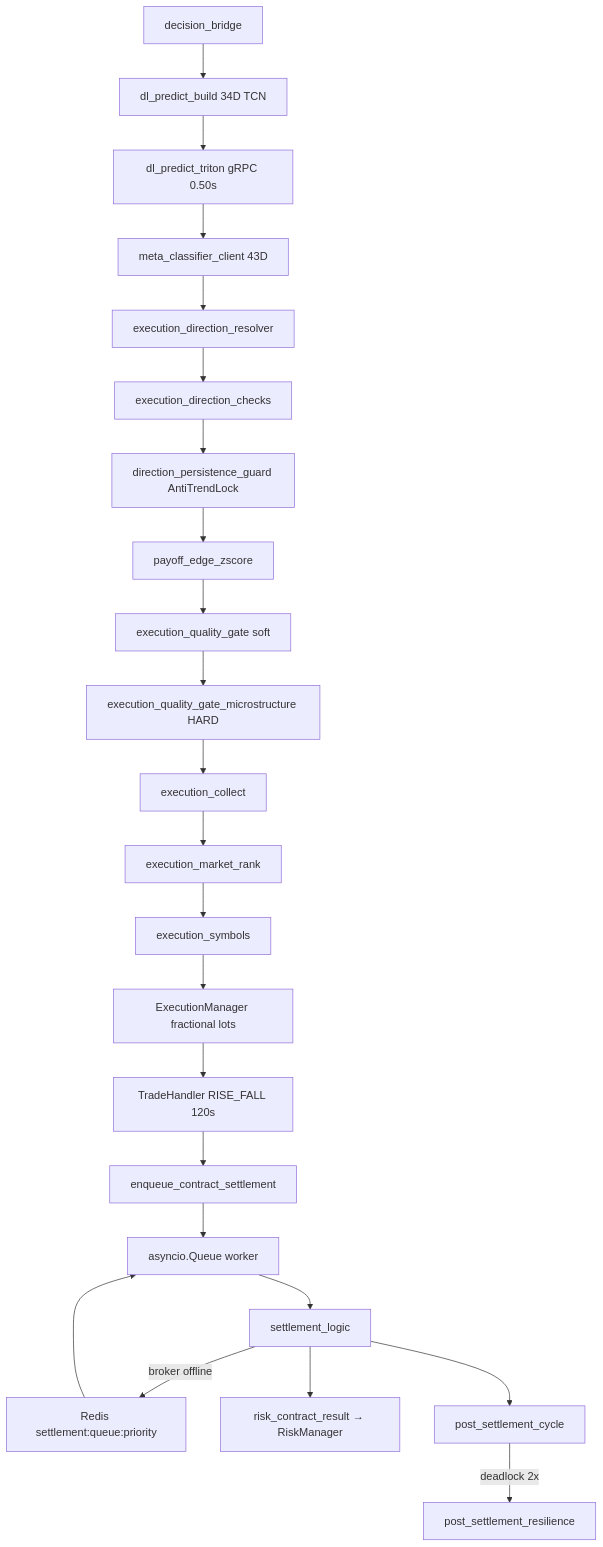
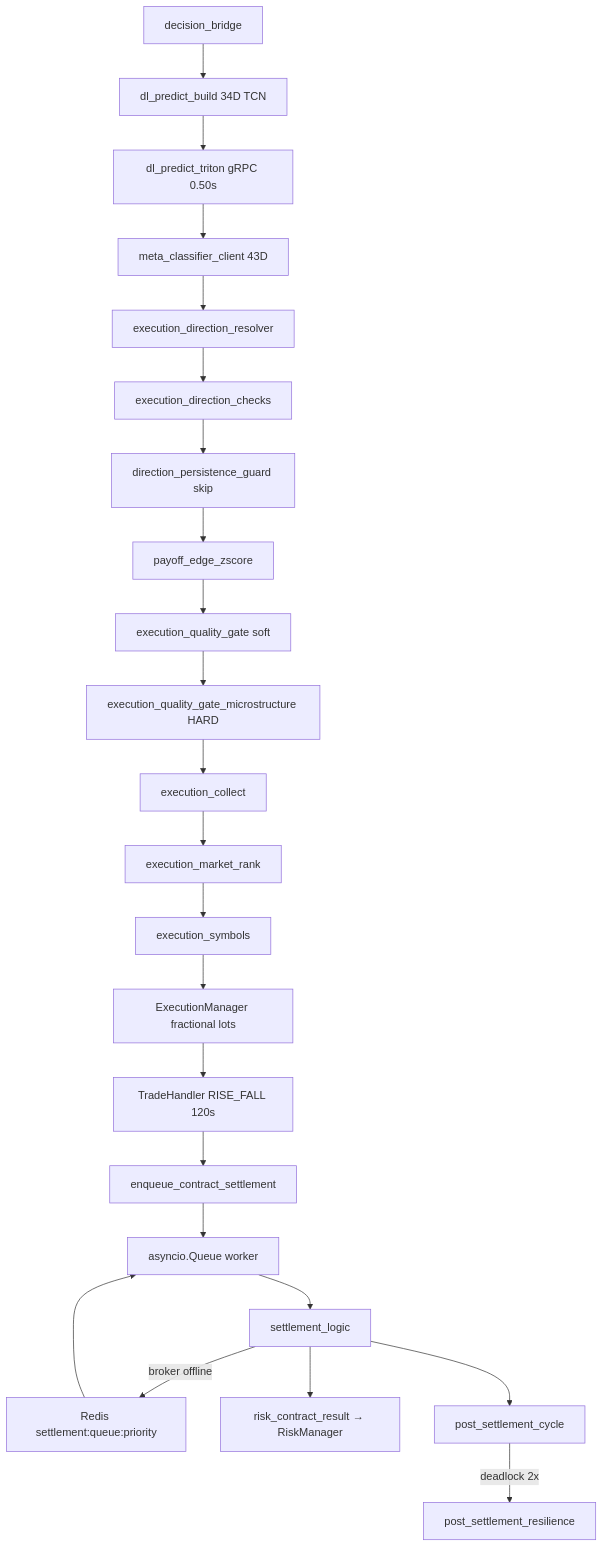
The diagram in docs/structure.md (victorh-silveira/aether-quantum-engine), drawn with Mermaid before and after one commit. The commit also changed other lines of this file and 110 other files, not shown here.

````diff
--- a/docs/structure.md
+++ b/docs/structure.md
@@ -431,25 +433,25 @@
 ```mermaid
 flowchart TD
   BR[decision_bridge] --> BUNDLE[dl_predict_build 34D TCN]
   BUNDLE --> PRED[dl_predict_triton gRPC 0.50s]
   PRED --> META[meta_classifier_client 43D]
   META --> RES[execution_direction_resolver]
   RES --> CHK[execution_direction_checks]
-  CHK --> DG[direction_persistence_guard AntiTrendLock]
+  CHK --> DG[direction_persistence_guard skip]
   DG --> ZS[payoff_edge_zscore]
   ZS --> QG[execution_quality_gate soft]
   QG --> MICRO[execution_quality_gate_microstructure HARD]
   MICRO --> COL[execution_collect]
   COL --> RANK[execution_market_rank]
   RANK --> SYM[execution_symbols]
   SYM --> EM[ExecutionManager fractional lots]
   EM --> TH[TradeHandler RISE_FALL 120s]
   TH --> ENQ[enqueue_contract_settlement]
   ENQ --> WQ[asyncio.Queue worker]
   WQ --> ST[settlement_logic]
   ST -->|broker offline| RQ[Redis settlement:queue:priority]
   RQ --> WQ
   ST --> RM[risk_contract_result → RiskManager]
   ST --> PSC[post_settlement_cycle]
   PSC -->|deadlock 2x| REC[post_settlement_resilience]
 ```
````
